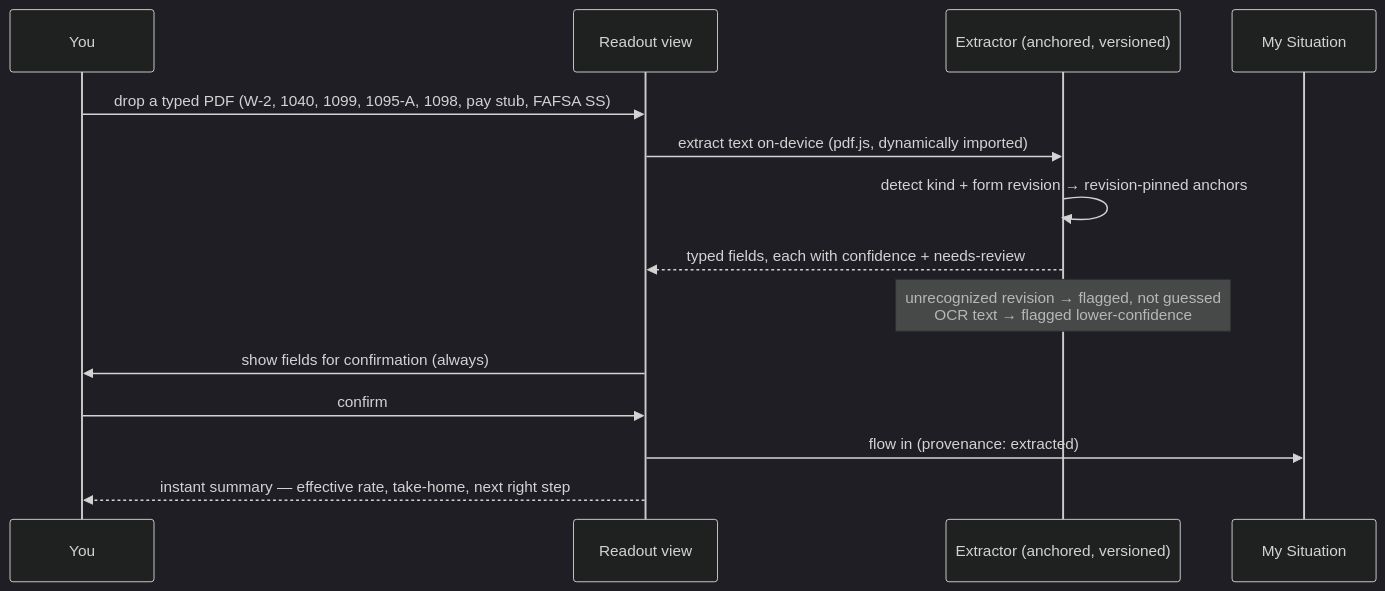
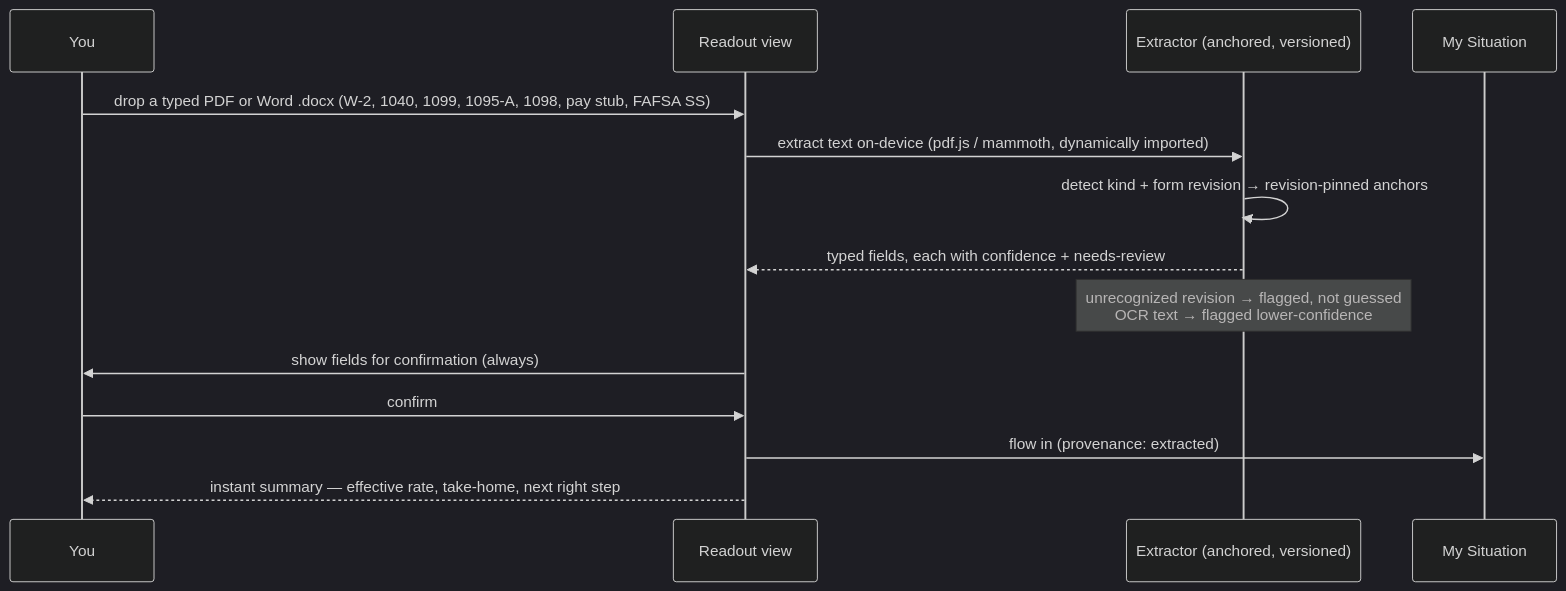
The fifth of 6 diagrams in README.md (clay-good/enklayve), drawn with Mermaid (dark theme) before and after one commit. The commit also changed other lines of this file and 8 other files, not shown here.

````diff
--- a/README.md
+++ b/README.md
@@ -327,16 +327,16 @@
 ```mermaid
 sequenceDiagram
     participant U as You
     participant V as Readout view
     participant X as Extractor (anchored, versioned)
     participant P as My Situation
-    U->>V: drop a typed PDF (W-2, 1040, 1099, 1095-A, 1098, pay stub, FAFSA SS)
-    V->>X: extract text on-device (pdf.js, dynamically imported)
+    U->>V: drop a typed PDF or Word .docx (W-2, 1040, 1099, 1095-A, 1098, pay stub, FAFSA SS)
+    V->>X: extract text on-device (pdf.js / mammoth, dynamically imported)
     X->>X: detect kind + form revision → revision-pinned anchors
     X-->>V: typed fields, each with confidence + needs-review
     Note over X: unrecognized revision → flagged, not guessed<br/>OCR text → flagged lower-confidence
     V->>U: show fields for confirmation (always)
     U->>V: confirm
     V->>P: flow in (provenance: extracted)
     V-->>U: instant summary — effective rate, take-home, next right step
 ```
````
